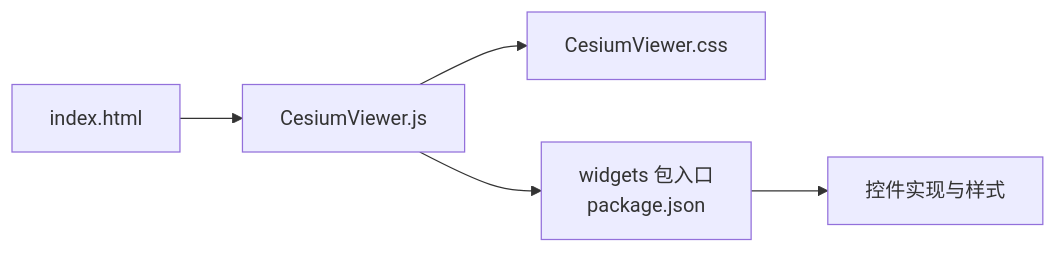
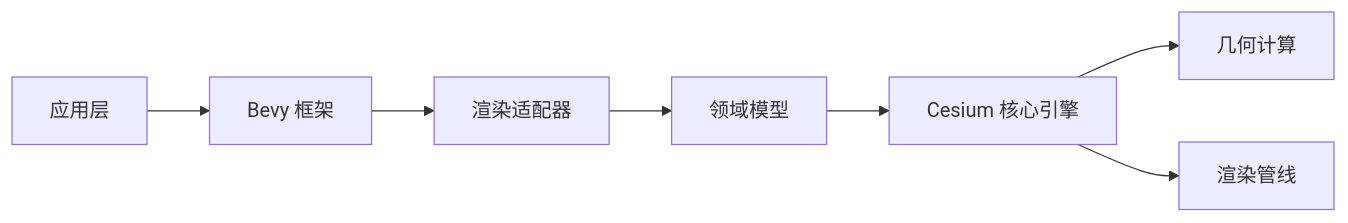
One commit to rzhangjing/cesium changed the third of 3 diagrams in .qoder/repowiki/zh/content/UI组件库/UI组件库.md. Above: the diagram before and after it, drawn with Mermaid. The commit also changed other lines of this file and 57 other files, not shown here.

````diff
--- a/.qoder/repowiki/zh/content/UI组件库/UI组件库.md
+++ b/.qoder/repowiki/zh/content/UI组件库/UI组件库.md
@@ -196,7 +249,9 @@
 ```mermaid
 graph LR
-HTML["index.html"] --> JS["CesiumViewer.js"]
-JS --> CSS["CesiumViewer.css"]
-JS --> WPKG["widgets 包入口<br/>package.json"]
-WPKG --> WCOMP["控件实现与样式"]
+APP["应用层"] --> BEVY["Bevy 框架"]
+BEVY --> ADAPTER["渲染适配器"]
+ADAPTER --> DOMAIN["领域模型"]
+DOMAIN --> CORE["Cesium 核心引擎"]
+CORE --> GEOMETRY["几何计算"]
+CORE --> RENDERING["渲染管线"]
 ```
````
